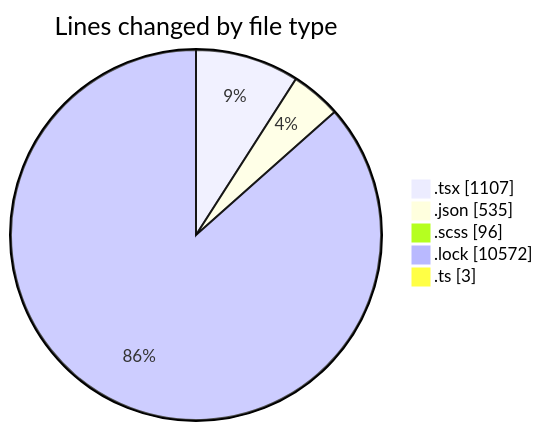
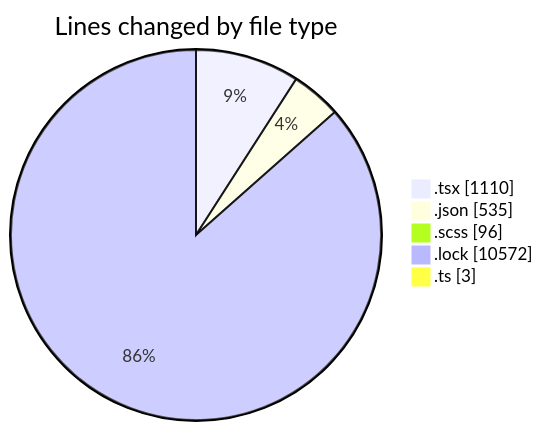
The first of 2 diagrams in 2026-05-13/cda/README.md (momahboobian/code-tracking), drawn with Mermaid before and after one commit. The commit also changed other lines of this file and 1 other file, not shown here.

````diff
--- a/2026-05-13/cda/README.md
+++ b/2026-05-13/cda/README.md
@@ -32,9 +32,9 @@
 ```mermaid
 pie showData
 title Lines changed by file type
-".tsx" : 1107
+".tsx" : 1110
 ".json" : 535
 ".scss" : 96
 ".lock" : 10572
 ".ts" : 3
 ```
````
